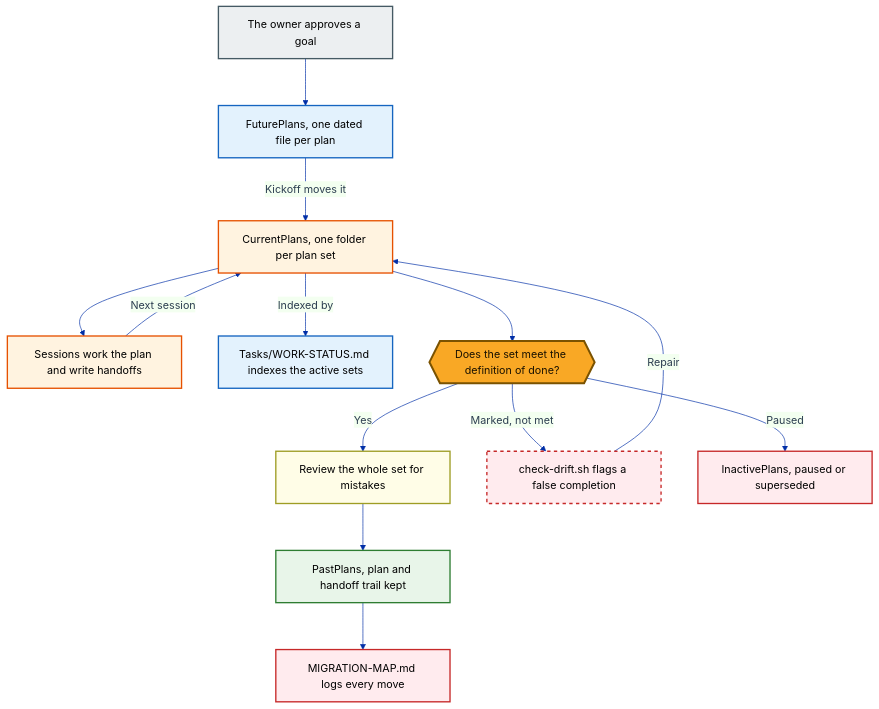
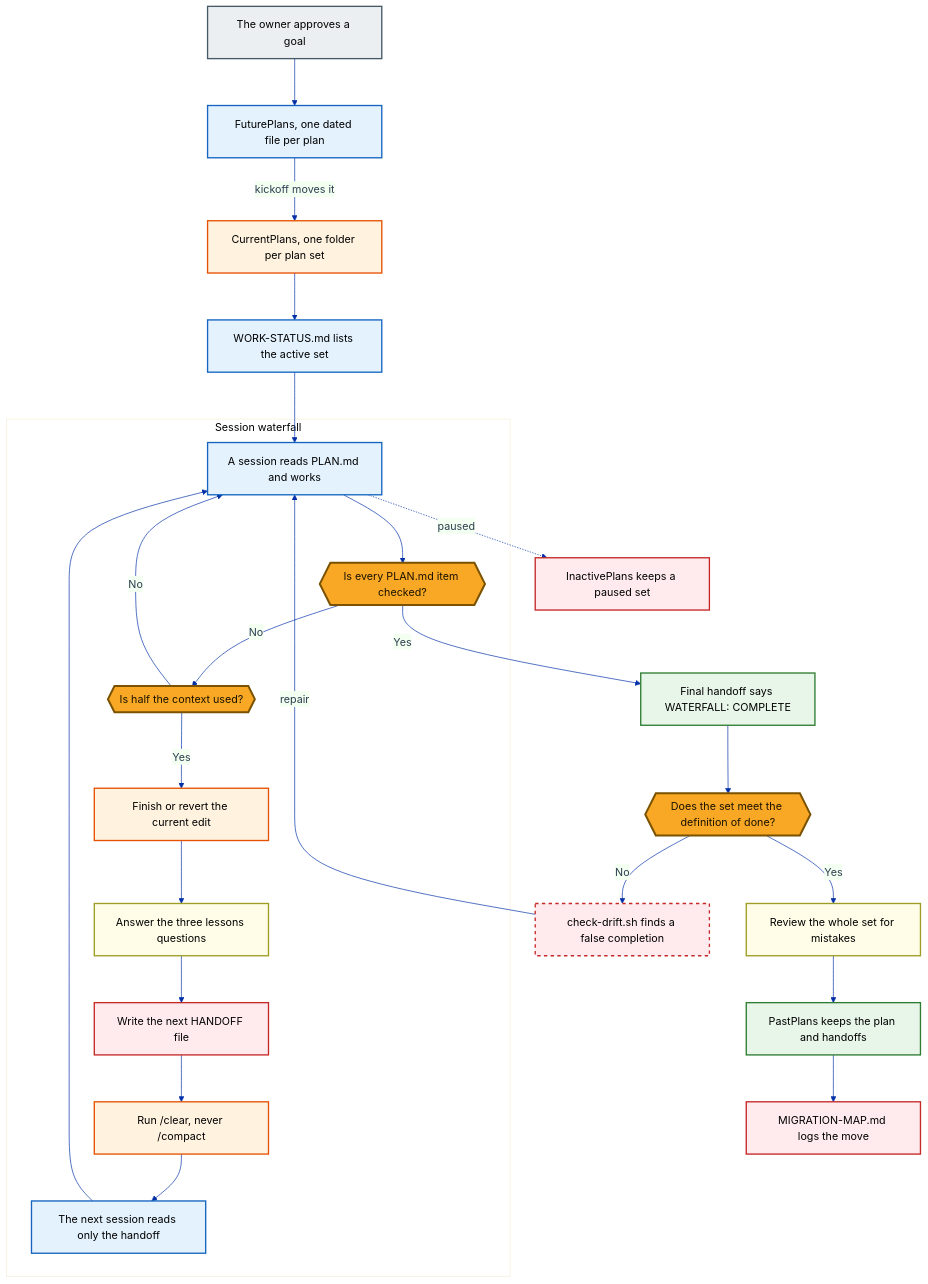
Before and after one commit to mmentzerhernandez/global_experience: the diagram in diagrams/operating-loop.mmd, drawn with Mermaid. The commit also changed 16 other files, not shown here.

First line of the commit message:
Business page: update to 08 Nov 2026, merge CourseFactory into panel 3, new diagrams

```diff
--- a/diagrams/operating-loop.mmd
+++ b/diagrams/operating-loop.mmd
@@ -1,46 +1,59 @@
 ---
 config:
   theme: base
   themeVariables:
     primaryColor: "#f0f3ff"
     primaryBorderColor: "#002fa7"
     primaryTextColor: "#2c3e50"
     lineColor: "#002fa7"
     fontFamily: "-apple-system,BlinkMacSystemFont,Segoe UI,Roboto,sans-serif"
   flowchart:
     nodeSpacing: 55
     rankSpacing: 70
 ---
 flowchart TD
     OWNER["The owner approves a goal"]:::people
     FUT["FuturePlans, one dated file per plan"]:::access
     CUR["CurrentPlans, one folder per plan set"]:::enforce
-    WATERFALL["Sessions work the plan and write handoffs"]:::enforce
-    BOARD["Tasks/WORK-STATUS.md indexes the active sets"]:::access
+    BOARD["WORK-STATUS.md lists the active set"]:::access
+
+    subgraph WF["Session waterfall"]
+        S1["A session reads PLAN.md and works"]:::access
+        MORE{{"Is every PLAN.md item checked?"}}:::gate
+        HALF{{"Is half the context used?"}}:::gate
+        STOP["Finish or revert the current edit"]:::enforce
+        LESS["Answer the three lessons questions"]:::note
+        HAND["Write the next HANDOFF file"]:::report
+        CLEAR["Run /clear, never /compact"]:::enforce
+        NEXT["The next session reads only the handoff"]:::access
+        S1 --> MORE
+        MORE -->|"No"| HALF
+        HALF -->|"No"| S1
+        HALF -->|"Yes"| STOP --> LESS --> HAND --> CLEAR --> NEXT --> S1
+    end
+
+    FINAL["Final handoff says WATERFALL: COMPLETE"]:::course
     DOD{{"Does the set meet the definition of done?"}}:::gate
+    DRIFT["check-drift.sh finds a false completion"]:::refuse
     REVIEW["Review the whole set for mistakes"]:::note
-    DRIFT["check-drift.sh flags a false completion"]:::refuse
-    PAST["PastPlans, plan and handoff trail kept"]:::course
-    INACT["InactivePlans, paused or superseded"]:::report
-    MAP["MIGRATION-MAP.md logs every move"]:::report
+    PAST["PastPlans keeps the plan and handoffs"]:::course
+    MAP["MIGRATION-MAP.md logs the move"]:::report
+    INACT["InactivePlans keeps a paused set"]:::report
 
     OWNER --> FUT
-    FUT -->|"Kickoff moves it"| CUR
-    CUR --> WATERFALL
-    WATERFALL -->|"Next session"| CUR
-    CUR -->|"Indexed by"| BOARD
-    CUR --> DOD
-    DOD -->|"Yes"| REVIEW --> PAST
-    DOD -->|"Paused"| INACT
-    DOD -->|"Marked, not met"| DRIFT
-    DRIFT -->|"Repair"| CUR
-    PAST --> MAP
+    FUT -->|"kickoff moves it"| CUR
+    CUR --> BOARD --> S1
+    MORE -->|"Yes"| FINAL --> DOD
+    DOD -->|"Yes"| REVIEW --> PAST --> MAP
+    DOD -->|"No"| DRIFT
+    DRIFT -->|"repair"| S1
+    S1 -.->|"paused"| INACT
 
     classDef people fill:#ECEFF1,stroke:#455A64,color:#000000,stroke-width:2px
     classDef access fill:#E3F2FD,stroke:#1565C0,color:#000000,stroke-width:2px
     classDef course fill:#E8F5E9,stroke:#2E7D32,color:#000000,stroke-width:2px
     classDef enforce fill:#FFF3E0,stroke:#E65100,color:#000000,stroke-width:2px
     classDef report fill:#FFEBEE,stroke:#C62828,color:#000000,stroke-width:2px
     classDef refuse fill:#FFEBEE,stroke:#C62828,color:#000000,stroke-width:2px,stroke-dasharray: 5 5
     classDef note fill:#FFFDE7,stroke:#9E9D24,color:#000000,stroke-width:2px
     classDef gate fill:#F9A825,stroke:#7A5200,color:#1A1200,stroke-width:3px
```
